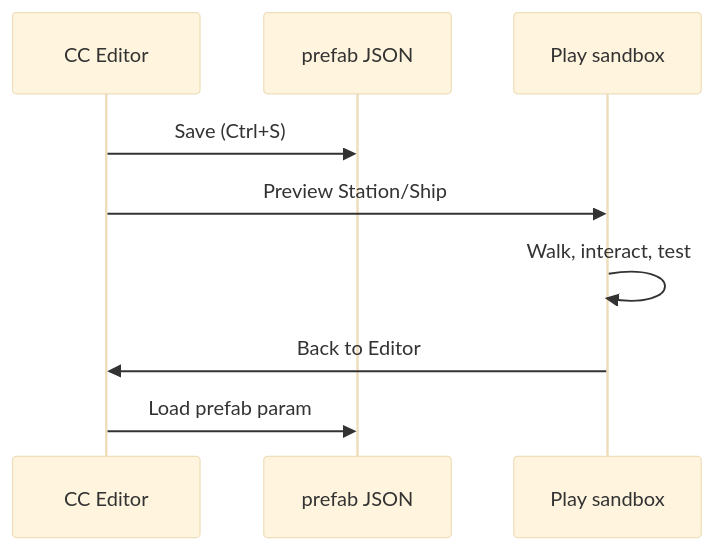
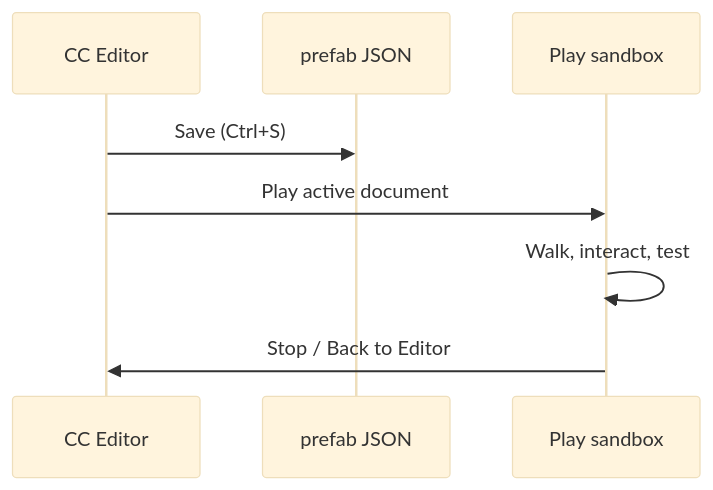
One commit to AlanGreyjoy/claudecitizen changed the diagram in docs/docs/cc-editor/preview-and-playtest.md. Above: the diagram before and after it, drawn with Mermaid (base theme). The commit also changed other lines of this file and 105 other files, not shown here.

````diff
--- a/docs/docs/cc-editor/preview-and-playtest.md
+++ b/docs/docs/cc-editor/preview-and-playtest.md
@@ -86,12 +72,11 @@
 ```mermaid
 sequenceDiagram
   participant Ed as CC Editor
   participant Disk as prefab JSON
   participant Play as Play sandbox
 
   Ed->>Disk: Save (Ctrl+S)
-  Ed->>Play: Preview Station/Ship
+  Ed->>Play: Play active document
   Play->>Play: Walk, interact, test
-  Play->>Ed: Back to Editor
-  Ed->>Disk: Load prefab param
+  Play->>Ed: Stop / Back to Editor
 ```
````
